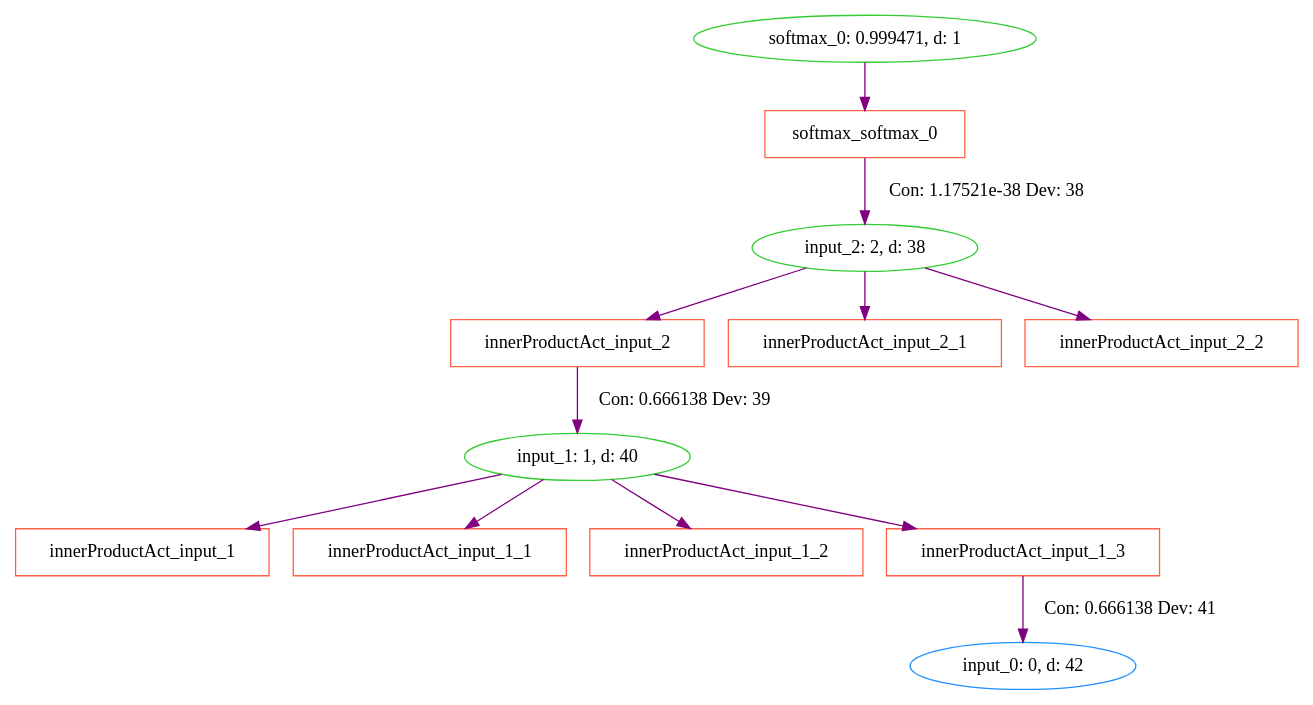
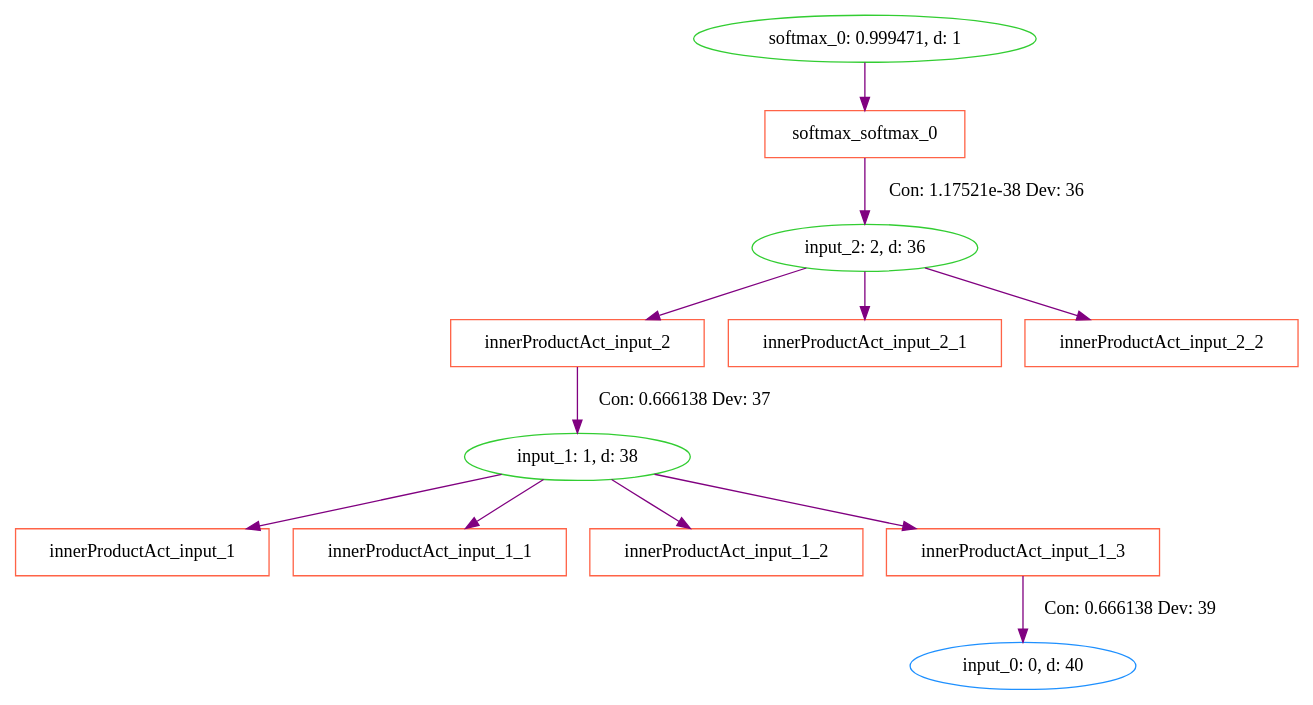
The diagram in data/iris/cprov/test2-softmax_0-approx.dot (milliondegree/PXAI), drawn with Graphviz before and after one commit. The commit also changed 11 other files, not shown here.

```diff
--- a/data/iris/cprov/test2-softmax_0-approx.dot
+++ b/data/iris/cprov/test2-softmax_0-approx.dot
@@ -1,36 +1,36 @@
 digraph G {
 0 [label="softmax_0: 0.999471, d: 1", shape=oval, color=limegreen];
 1 [label="softmax_softmax_0", shape=box, color=tomato];
-2 [label="input_2: 2, d: 38", shape=oval, color=limegreen];
+2 [label="input_2: 2, d: 36", shape=oval, color=limegreen];
 3 [label="innerProductAct_input_2", shape=box, color=tomato];
-4 [label="input_1: 1, d: 40", shape=oval, color=limegreen];
+4 [label="input_1: 1, d: 38", shape=oval, color=limegreen];
 5 [label="innerProductAct_input_1", shape=box, color=tomato];
 6 [label="innerProductAct_input_1_1", shape=box, color=tomato];
 7 [label="innerProductAct_input_1_2", shape=box, color=tomato];
 8 [label="innerProductAct_input_1_3", shape=box, color=tomato];
-9 [label="input_0: 0, d: 42", shape=oval, color=dodgerblue];
+9 [label="input_0: 0, d: 40", shape=oval, color=dodgerblue];
 10 [label="innerProductAct_input_2_1", shape=box, color=tomato];
 11 [label="innerProductAct_input_2_2", shape=box, color=tomato];
 0->1  [color=purple]
  [label=""];
 1->2  [color=purple]
- [label="Con: 1.17521e-38 Dev: 38"];
+ [label="Con: 1.17521e-38 Dev: 36"];
 2->3  [color=purple]
  [label=""];
 4->5  [color=purple]
  [label=""];
 4->6  [color=purple]
  [label=""];
 4->7  [color=purple]
  [label=""];
 4->8  [color=purple]
  [label=""];
 2->10  [color=purple]
  [label=""];
 2->11  [color=purple]
  [label=""];
 3->4  [color=purple]
+ [label="Con: 0.666138 Dev: 37"];
+8->9  [color=purple]
  [label="Con: 0.666138 Dev: 39"];
-8->9  [color=purple]
- [label="Con: 0.666138 Dev: 41"];
 }
```
